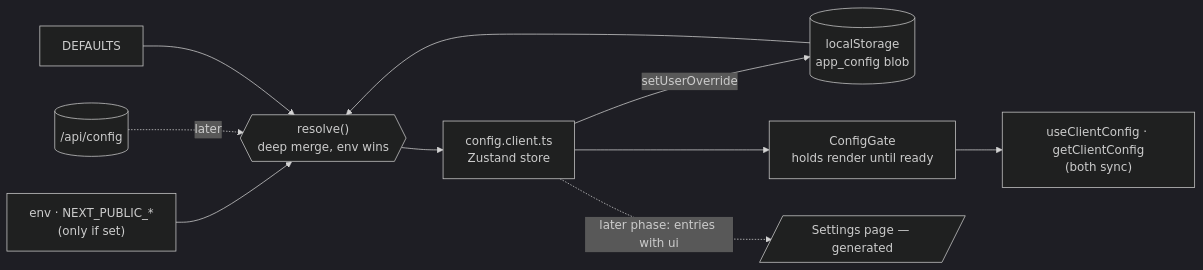
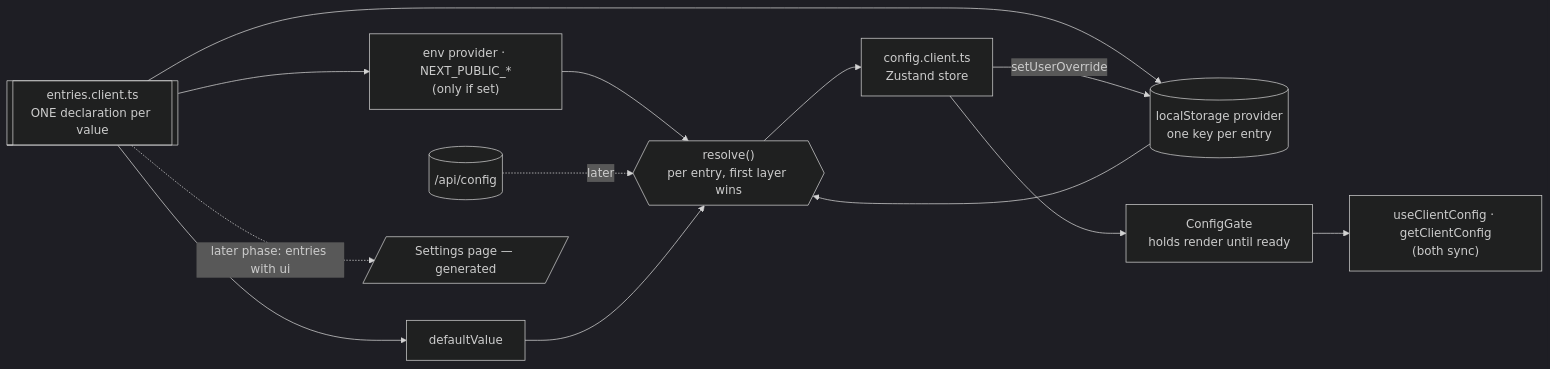
The diagram in .project/tasks/task-018_unified-settings-management.md (MaheeGamage/finnish-learner), drawn with Mermaid (dark theme) before and after one commit. The commit also changed other lines of this file and 15 other files, not shown here.

First line of the commit message:
refactor: update config entries and providers for improved clarity and structure

````diff
--- a/.project/tasks/task-018_unified-settings-management.md
+++ b/.project/tasks/task-018_unified-settings-management.md
@@ -27,12 +27,15 @@
 ```mermaid
 flowchart LR
-  ENV["env · NEXT_PUBLIC_*<br/>(only if set)"] --> R{{"resolve()<br/>deep merge, env wins"}}
-  LS[("localStorage<br/>app_config blob")] --> R
+  T[["entries.client.ts<br/>ONE declaration per value"]] --> ENV
+  T --> LS
+  T --> DEF
+  ENV["env provider · NEXT_PUBLIC_*<br/>(only if set)"] --> R{{"resolve()<br/>per entry, first layer wins"}}
+  LS[("localStorage provider<br/>one key per entry")] --> R
   API[("/api/config")] -. later .-> R
-  DEF[DEFAULTS] --> R
+  DEF["defaultValue"] --> R
   R --> S["config.client.ts<br/>Zustand store"]
   S --> G["ConfigGate<br/>holds render until ready"]
   G --> A["useClientConfig · getClientConfig<br/>(both sync)"]
   S -- setUserOverride --> LS
-  S -. "later phase: entries with ui" .-> UI[/Settings page — generated/]
+  T -. "later phase: entries with ui" .-> UI[/Settings page — generated/]
 ```
````
